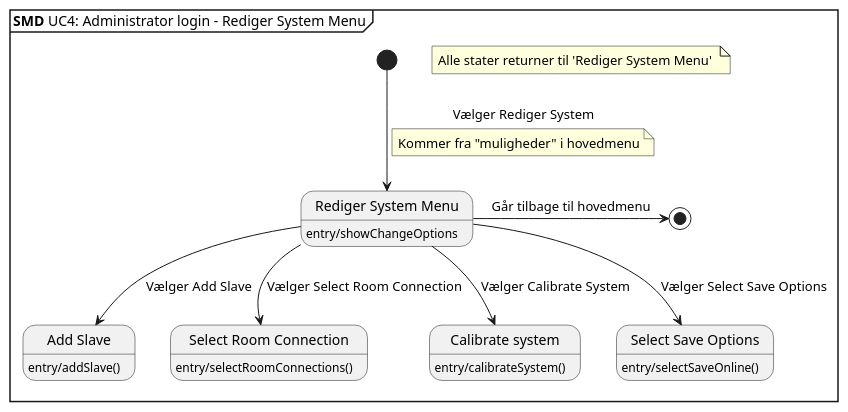
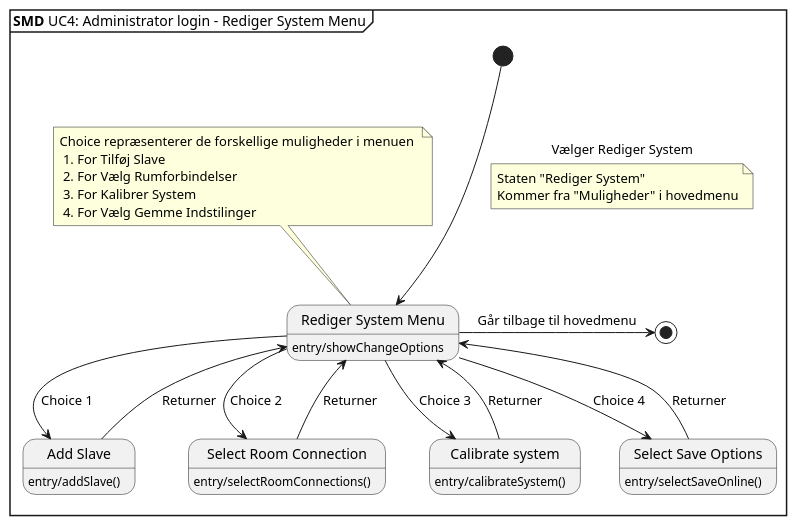
The diagram in Updated SysML/Software Arkitektur-Design/UC4 AM/UC4 SMD REDIGERSYSTEM.puml (Tukkel/Projekt_2), drawn with PlantUML before and after one commit. The commit also changed 1 other file, not shown here.

```diff
--- a/Updated SysML/Software Arkitektur-Design/UC4 AM/UC4 SMD REDIGERSYSTEM.puml
+++ b/Updated SysML/Software Arkitektur-Design/UC4 AM/UC4 SMD REDIGERSYSTEM.puml
@@ -2,47 +2,51 @@
 @startuml UC4 SMD
 
 mainframe **SMD** UC4: Administrator login - Rediger System Menu
 
 hide empty description
 
 state "Rediger System Menu" as rediger
 state "Add Slave" as addSlave
 state "Select Room Connection" as selectRoom
 state "Calibrate system" as cal
 state "Select Save Options" as showOptions
 
 
-note "Alle stater returner til 'Rediger System Menu' " as n1
+note "Choice repræsenterer de forskellige muligheder i menuen \n 1. For Tilføj Slave \n 2. For Vælg Rumforbindelser \n 3. For Kalibrer System \n 4. For Vælg Gemme Indstilinger" as n1
 
-[*] --> rediger : Vælger Rediger System
+[*] ---> rediger : Vælger Rediger System
+
 note on link
-    Kommer fra "muligheder" i hovedmenu
+    Staten "Rediger System"
+    Kommer fra "Muligheder" i hovedmenu
 end note
 
-rediger --> addSlave : Vælger Add Slave
+n1 --> rediger : Choice
+
+rediger --> addSlave : Choice 1
+addSlave --> rediger : Returner
+
+rediger --> selectRoom : Choice 2
+selectRoom --> rediger : Returner
 
 
-rediger --> selectRoom : Vælger Select Room Connection
+rediger --> cal : Choice 3
+cal --> rediger : Returner
 
-
-
-rediger --> cal : Vælger Calibrate System
-
-
-rediger --> showOptions : Vælger Select Save Options
-
+rediger --> showOptions : Choice 4
+showOptions --> rediger : Returner
 
 rediger -> [*] : Går tilbage til hovedmenu
 
 rediger : entry/showChangeOptions
 
 addSlave : entry/addSlave()
 
 selectRoom : entry/selectRoomConnections()
 
 cal : entry/calibrateSystem()
 
 showOptions : entry/selectSaveOnline()
 
 
 @enduml
```
